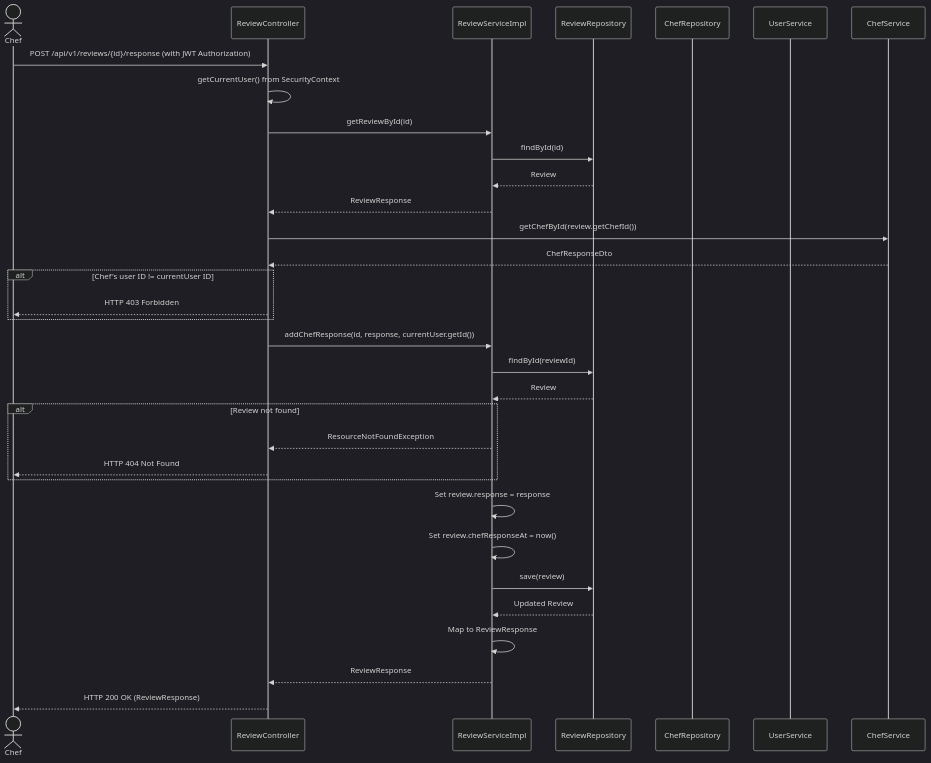
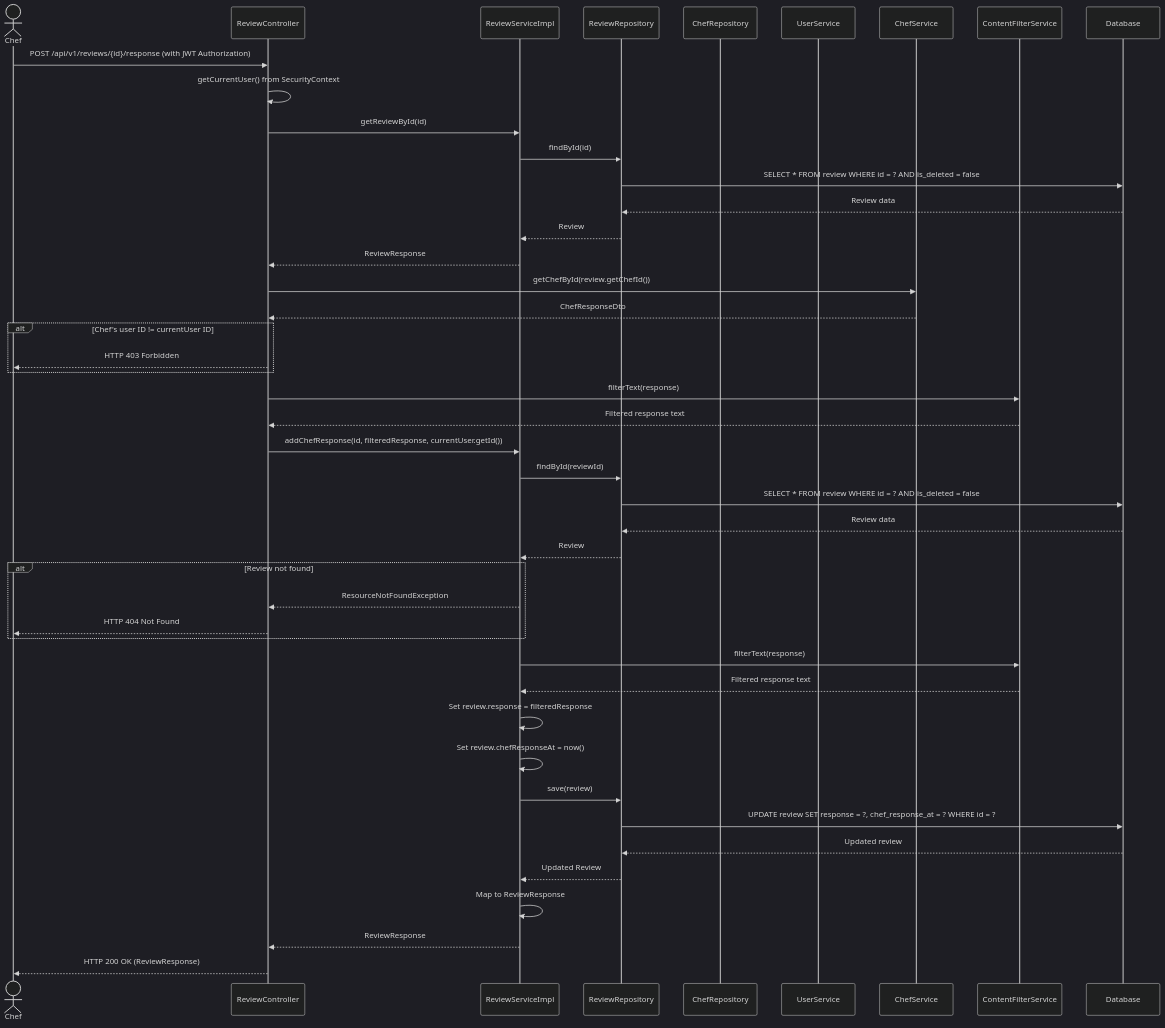
Before and after one commit to phongkhongxai/vietchef: the eighth of 11 diagrams in docs/Review System Diagrams.md, drawn with Mermaid (dark theme). The commit also changed other lines of this file and 15 other files, not shown here.

````diff
--- a/docs/Review System Diagrams.md
+++ b/docs/Review System Diagrams.md
@@ -436,41 +487,55 @@
 ```mermaid
 sequenceDiagram
     actor Chef
     participant Controller as ReviewController
     participant Service as ReviewServiceImpl
     participant ReviewRepo as ReviewRepository
     participant ChefRepo as ChefRepository
     participant UserService as UserService
     participant ChefService as ChefService
+    participant ContentFilter as ContentFilterService
+    participant DB as Database
     
     Chef->>Controller: POST /api/v1/reviews/{id}/response (with JWT Authorization)
     Controller->>Controller: getCurrentUser() from SecurityContext
     Controller->>Service: getReviewById(id)
     Service->>ReviewRepo: findById(id)
+    ReviewRepo->>DB: SELECT * FROM review WHERE id = ? AND is_deleted = false
+    DB-->>ReviewRepo: Review data
     ReviewRepo-->>Service: Review
     Service-->>Controller: ReviewResponse
     
     Controller->>ChefService: getChefById(review.getChefId())
     ChefService-->>Controller: ChefResponseDto
     
     alt Chef's user ID != currentUser ID
         Controller-->>Chef: HTTP 403 Forbidden
     end
     
-    Controller->>Service: addChefResponse(id, response, currentUser.getId())
+    Controller->>ContentFilter: filterText(response)
+    ContentFilter-->>Controller: Filtered response text
+    
+    Controller->>Service: addChefResponse(id, filteredResponse, currentUser.getId())
     Service->>ReviewRepo: findById(reviewId)
+    ReviewRepo->>DB: SELECT * FROM review WHERE id = ? AND is_deleted = false
+    DB-->>ReviewRepo: Review data
     ReviewRepo-->>Service: Review
     
     alt Review not found
         Service-->>Controller: ResourceNotFoundException
         Controller-->>Chef: HTTP 404 Not Found
     end
     
-    Service->>Service: Set review.response = response
+    Service->>ContentFilter: filterText(response)
+    ContentFilter-->>Service: Filtered response text
+    
+    Service->>Service: Set review.response = filteredResponse
     Service->>Service: Set review.chefResponseAt = now()
     Service->>ReviewRepo: save(review)
+    ReviewRepo->>DB: UPDATE review SET response = ?, chef_response_at = ? WHERE id = ?
+    DB-->>ReviewRepo: Updated review
     ReviewRepo-->>Service: Updated Review
     Service->>Service: Map to ReviewResponse
     Service-->>Controller: ReviewResponse
     Controller-->>Chef: HTTP 200 OK (ReviewResponse)
 ```
````
